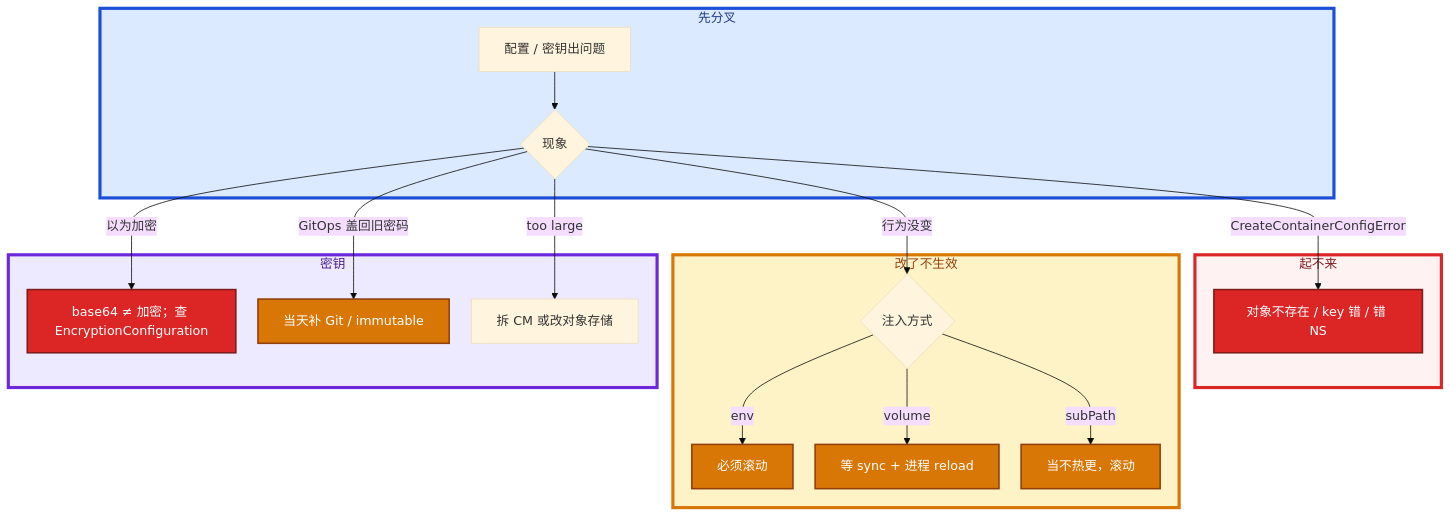
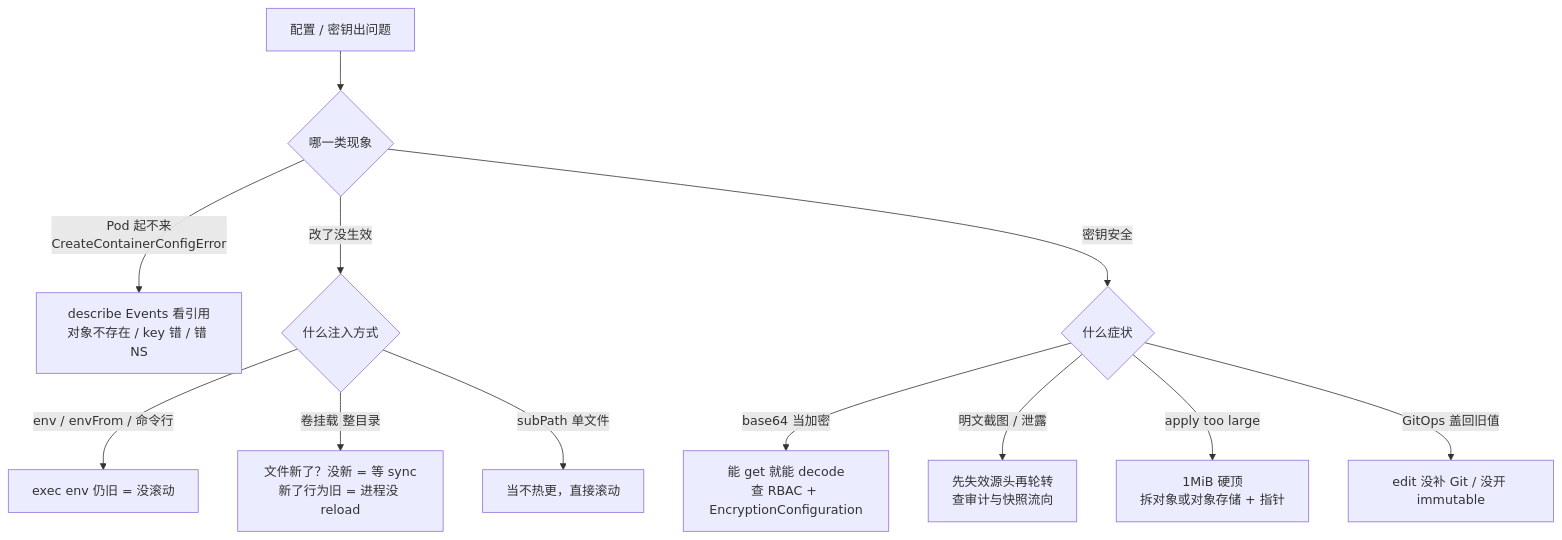
One commit to ml-cuizijun/LearnToLilith changed the fifth of 5 diagrams in 03-Kubernetes/12-配置与密钥/知识点.md. Above: the diagram before and after it, drawn with Mermaid. The commit also changed other lines of this file and 470 other files, not shown here.

````diff
--- a/03-Kubernetes/12-配置与密钥/知识点.md
+++ b/03-Kubernetes/12-配置与密钥/知识点.md
@@ -498,34 +425,14 @@
 ```mermaid
-%%{init: {"flowchart": {"padding": 16, "nodeSpacing": 28, "rankSpacing": 48}, "theme": "base"}}%%
 flowchart TB
-    subgraph gate ["先分叉"]
-        A[配置 / 密钥出问题] --> B{现象}
-    end
-
-    subgraph start ["起不来"]
-        B -->|CreateContainerConfigError| C[对象不存在 / key 错 / 错 NS]
-    end
-
-    subgraph hot ["改了不生效"]
-        B -->|行为没变| D{注入方式}
-        D -->|env| E[必须滚动]
-        D -->|volume| F[等 sync + 进程 reload]
-        D -->|subPath| G[当不热更，滚动]
-    end
-
-    subgraph sec ["密钥"]
-        B -->|以为加密| H[base64 ≠ 加密；查 EncryptionConfiguration]
-        B -->|GitOps 盖回旧密码| I[当天补 Git / immutable]
-        B -->|too large| J[拆 CM 或改对象存储]
-    end
-
-    classDef bad fill:#DC2626,stroke:#7F1D1D,stroke-width:2px,color:#fff
-    classDef warn fill:#D97706,stroke:#92400E,stroke-width:2px,color:#fff
-    class C,H bad
-    class E,F,G,I warn
-
-    style gate fill:#DBEAFE,stroke:#1D4ED8,stroke-width:4px,color:#1E3A8A
-    style start fill:#FEF2F2,stroke:#DC2626,stroke-width:4px,color:#7F1D1D
-    style hot fill:#FEF3C7,stroke:#D97706,stroke-width:4px,color:#92400E
-    style sec fill:#EDE9FE,stroke:#6D28D9,stroke-width:4px,color:#4C1D95
+    A["配置 / 密钥出问题"] --> B{哪一类现象}
+    B -->|Pod 起不来<br/>CreateContainerConfigError| C["describe Events 看引用<br/>对象不存在 / key 错 / 错 NS"]
+    B -->|改了没生效| D{什么注入方式}
+    D -->|env / envFrom / 命令行| E["exec env 仍旧 = 没滚动"]
+    D -->|卷挂载 整目录| F["文件新了？没新 = 等 sync<br/>新了行为旧 = 进程没 reload"]
+    D -->|subPath 单文件| G["当不热更，直接滚动"]
+    B -->|密钥安全| H{什么症状}
+    H -->|base64 当加密| I["能 get 就能 decode<br/>查 RBAC + EncryptionConfiguration"]
+    H -->|明文截图 / 泄露| J["先失效源头再轮转<br/>查审计与快照流向"]
+    H -->|apply too large| K["1MiB 硬顶<br/>拆对象或对象存储 + 指针"]
+    H -->|GitOps 盖回旧值| L["edit 没补 Git / 没开 immutable"]
 ```
````
